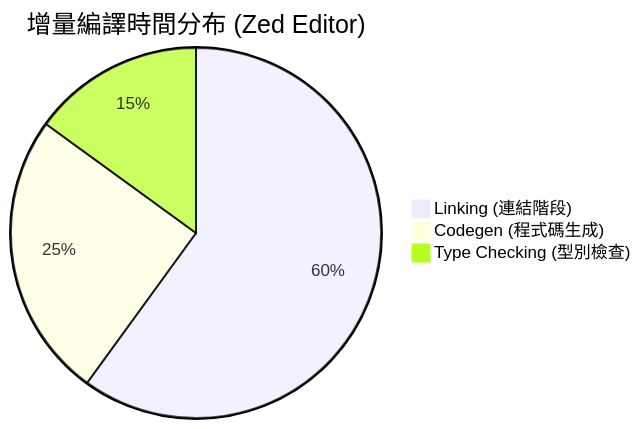
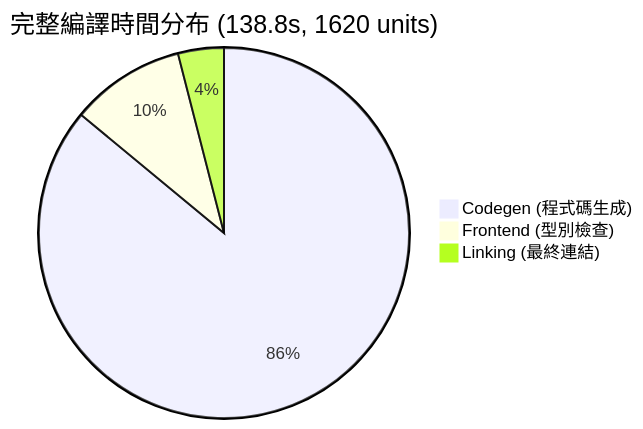
Diagram 19 of 22 in slide/final_poster.md (G36maid/Special-Topics-on-CS), drawn with Mermaid before and after one commit. The commit also changed other lines of this file and 3 other files, not shown here.

````diff
--- a/slide/final_poster.md
+++ b/slide/final_poster.md
@@ -293,6 +758,6 @@
 ```mermaid
-pie title 增量編譯時間分布 (Zed Editor)
-    "Linking (連結階段)" : 60
-    "Codegen (程式碼生成)" : 25
-    "Type Checking (型別檢查)" : 15
+pie title 完整編譯時間分布 (138.8s, 1620 units)
+    "Codegen (程式碼生成)" : 86
+    "Frontend (型別檢查)" : 10
+    "Linking (最終連結)" : 4
 ```
````
